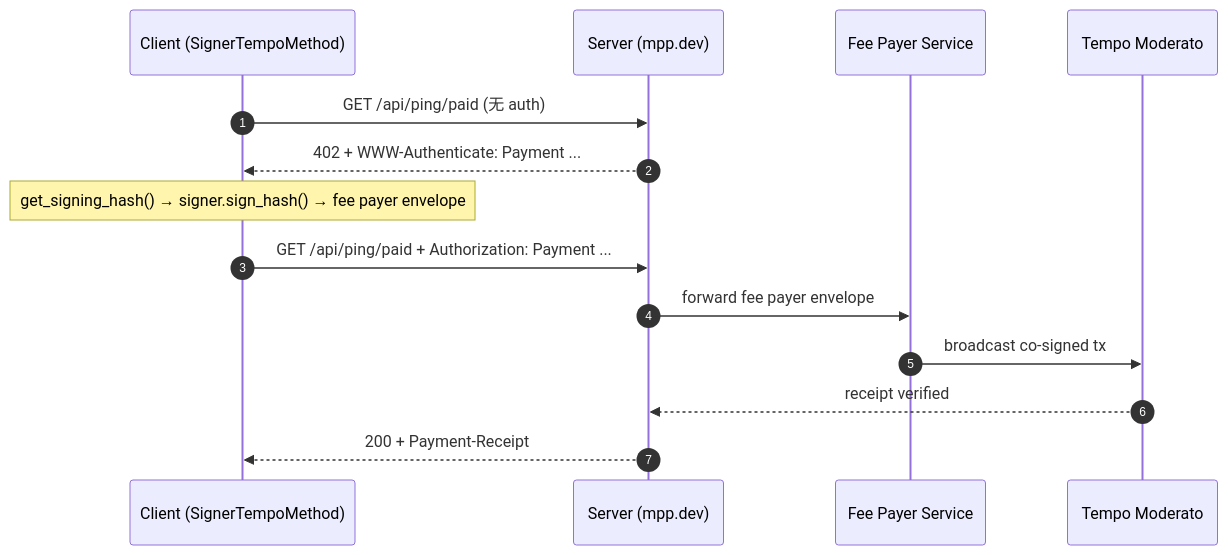
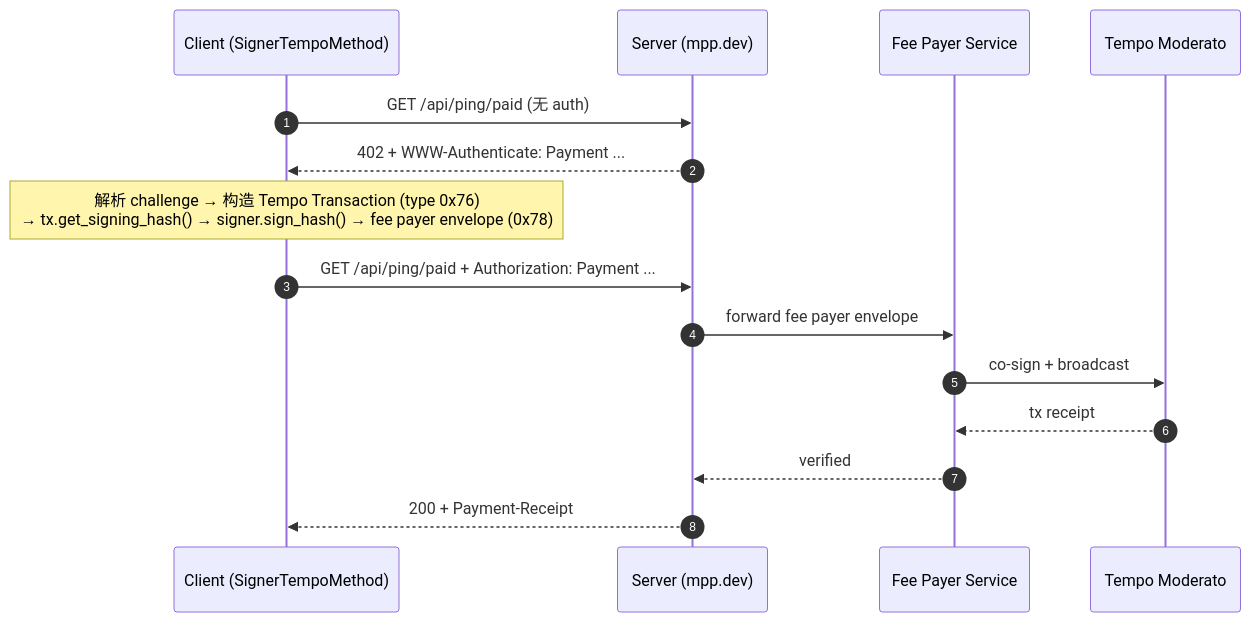
The first of 2 diagrams in docs/TEST_REPORT.md (CTest101/mpp-python-demo), drawn with Mermaid before and after one commit. The commit also changed other lines of this file, not shown here.

````diff
--- a/docs/TEST_REPORT.md
+++ b/docs/TEST_REPORT.md
@@ -28,17 +31,19 @@
 ```mermaid
 sequenceDiagram
     autonumber
     participant C as Client (SignerTempoMethod)
     participant S as Server (mpp.dev)
     participant F as Fee Payer Service
     participant T as Tempo Moderato
 
     C->>S: GET /api/ping/paid (无 auth)
     S-->>C: 402 + WWW-Authenticate: Payment ...
-    Note over C: get_signing_hash() → signer.sign_hash() → fee payer envelope
+
+    Note over C: 解析 challenge → 构造 Tempo Transaction (type 0x76)<br/>→ tx.get_signing_hash() → signer.sign_hash() → fee payer envelope (0x78)
     C->>S: GET /api/ping/paid + Authorization: Payment ...
     S->>F: forward fee payer envelope
-    F->>T: broadcast co-signed tx
-    T-->>S: receipt verified
+    F->>T: co-sign + broadcast
+    T-->>F: tx receipt
+    F-->>S: verified
     S-->>C: 200 + Payment-Receipt
 ```
````
